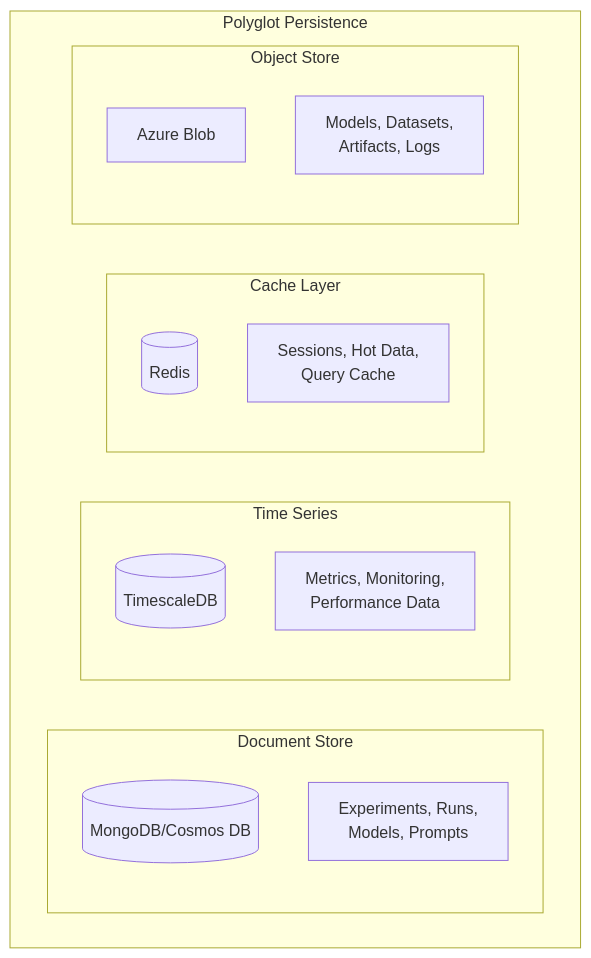
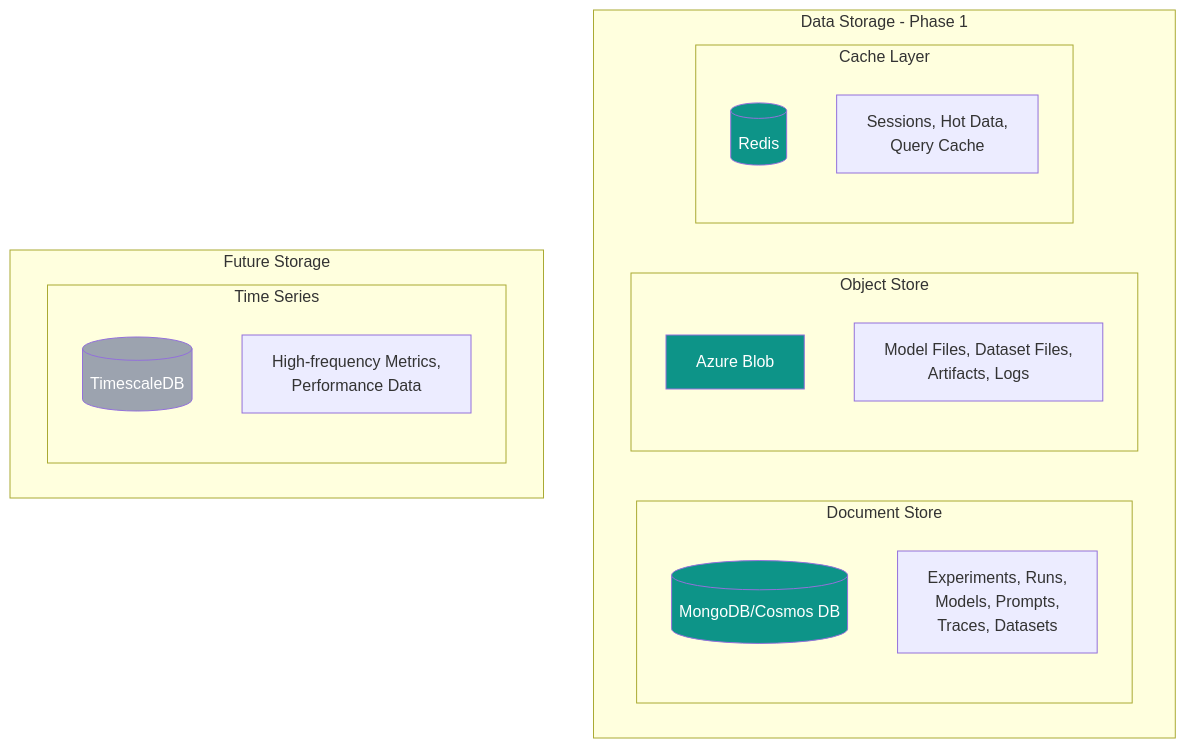
Before and after one commit to mlflow/mlflow: the ninth of 17 diagrams in GENESIS_PLATFORM_MICROSERVICES_ARCHITECTURE.md, drawn with Mermaid. The commit also changed other lines of this file and 1 other file, not shown here.

First line of the commit message:
Simplify microservices architecture and improve diagram visibility

````diff
--- a/GENESIS_PLATFORM_MICROSERVICES_ARCHITECTURE.md
+++ b/GENESIS_PLATFORM_MICROSERVICES_ARCHITECTURE.md
@@ -454,24 +437,31 @@
 ```mermaid
 graph TD
-    subgraph "Polyglot Persistence"
+    subgraph "Data Storage - Phase 1"
         subgraph "Document Store"
             MDB[(MongoDB/Cosmos DB)]
-            DESC1[Experiments, Runs,<br/>Models, Prompts]
+            DESC1[Experiments, Runs,<br/>Models, Prompts,<br/>Traces, Datasets]
         end
         
-        subgraph "Time Series"
-            TS[(TimescaleDB)]
-            DESC2[Metrics, Monitoring,<br/>Performance Data]
+        subgraph "Object Store"
+            BLOB[Azure Blob]
+            DESC2[Model Files, Dataset Files,<br/>Artifacts, Logs]
         end
         
         subgraph "Cache Layer"
             REDIS[(Redis)]
             DESC3[Sessions, Hot Data,<br/>Query Cache]
         end
-        
-        subgraph "Object Store"
-            BLOB[Azure Blob]
-            DESC4[Models, Datasets,<br/>Artifacts, Logs]
+    end
+    
+    subgraph "Future Storage"
+        subgraph "Time Series"
+            TS[(TimescaleDB)]
+            DESC4[High-frequency Metrics,<br/>Performance Data]
         end
     end
+    
+    style MDB fill:#0d9488,color:#fff
+    style BLOB fill:#0d9488,color:#fff
+    style REDIS fill:#0d9488,color:#fff
+    style TS fill:#9ca3af,color:#fff
 ```
````
